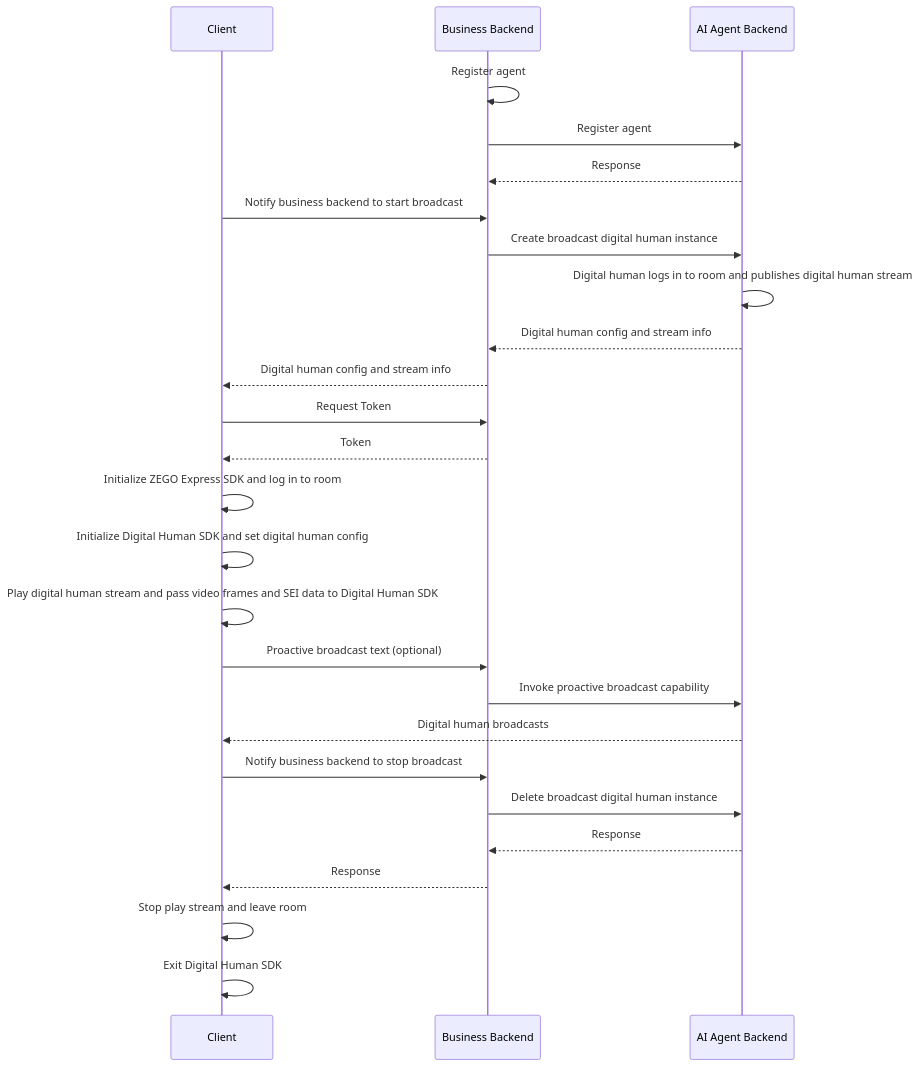
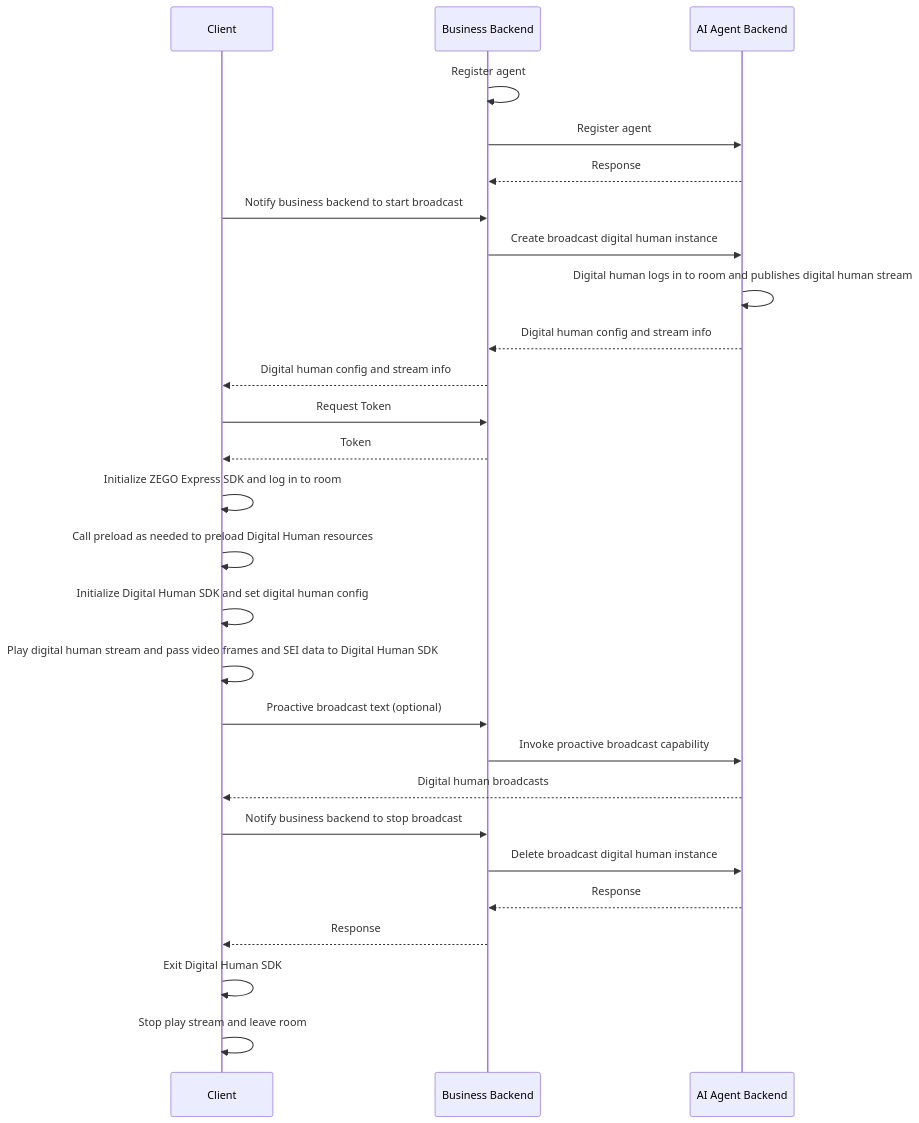
The second of 3 diagrams in core_products/aiagent/en/android/quick-start-with-live-digital-human.mdx (ZEGOCLOUD/docs_all), drawn with Mermaid before and after one commit. The commit also changed other lines of this file and 4 other files, not shown here.

Commit message:
Update modification dates to September 20, 2026, and synchronize Digital Human SDK initialization and exit procedures across Android and Chinese documentation. Update SDK version references to 1.6.0.121 and adjust preload instructions for resource management.

````diff
--- a/core_products/aiagent/en/android/quick-start-with-live-digital-human.mdx
+++ b/core_products/aiagent/en/android/quick-start-with-live-digital-human.mdx
@@ -127,35 +128,36 @@
 ```mermaid
 sequenceDiagram
     participant Client
     participant Business Backend
     participant AI Agent Backend
 
     Business Backend->>Business Backend: Register agent
     Business Backend->>AI Agent Backend: Register agent
     AI Agent Backend-->>Business Backend: Response
 
     Client->>Business Backend: Notify business backend to start broadcast
     Business Backend->>AI Agent Backend: Create broadcast digital human instance
     AI Agent Backend->>AI Agent Backend: Digital human logs in to room and publishes digital human stream
     AI Agent Backend-->>Business Backend: Digital human config and stream info
     Business Backend-->>Client: Digital human config and stream info
 
     Client->>Business Backend: Request Token
     Business Backend-->>Client: Token
 
     Client->>Client: Initialize ZEGO Express SDK and log in to room
+    Client->>Client: Call preload as needed to preload Digital Human resources
     Client->>Client: Initialize Digital Human SDK and set digital human config
     Client->>Client: Play digital human stream and pass video frames and SEI data to Digital Human SDK
 
     Client->>Business Backend: Proactive broadcast text (optional)
     Business Backend->>AI Agent Backend: Invoke proactive broadcast capability
     AI Agent Backend-->>Client: Digital human broadcasts
 
     Client->>Business Backend: Notify business backend to stop broadcast
     Business Backend->>AI Agent Backend: Delete broadcast digital human instance
     AI Agent Backend-->>Business Backend: Response
     Business Backend-->>Client: Response
 
+    Client->>Client: Exit Digital Human SDK
     Client->>Client: Stop play stream and leave room
-    Client->>Client: Exit Digital Human SDK
 ```
````
